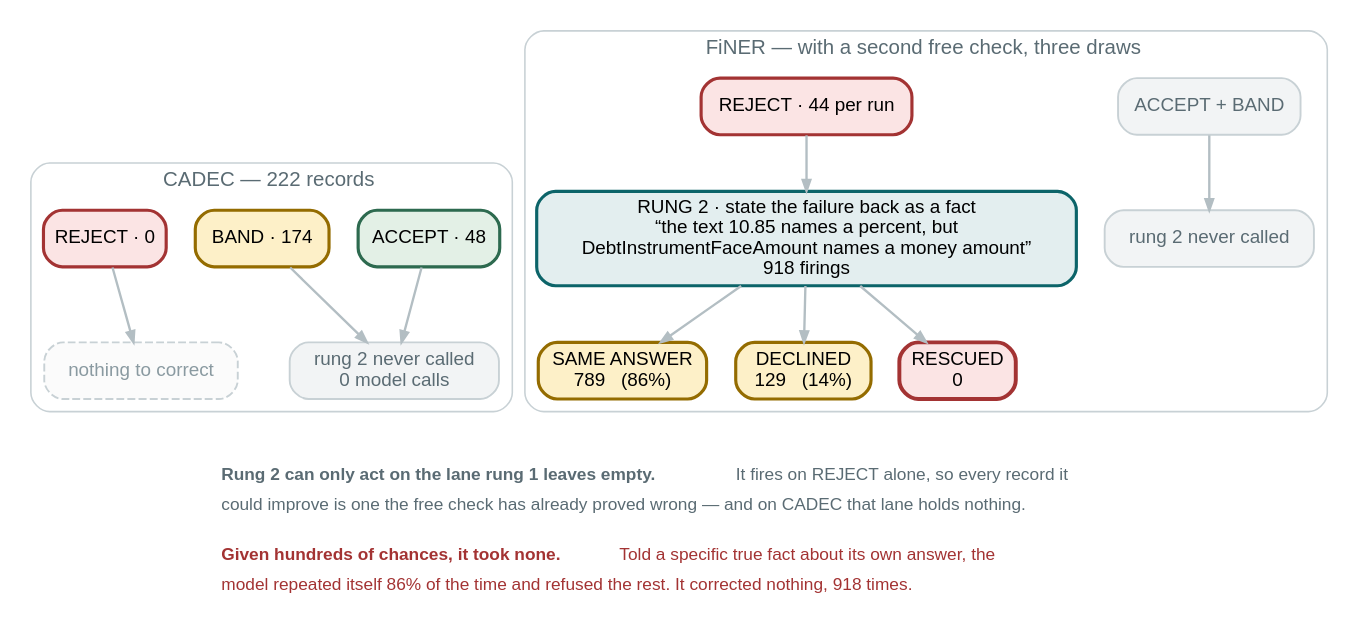
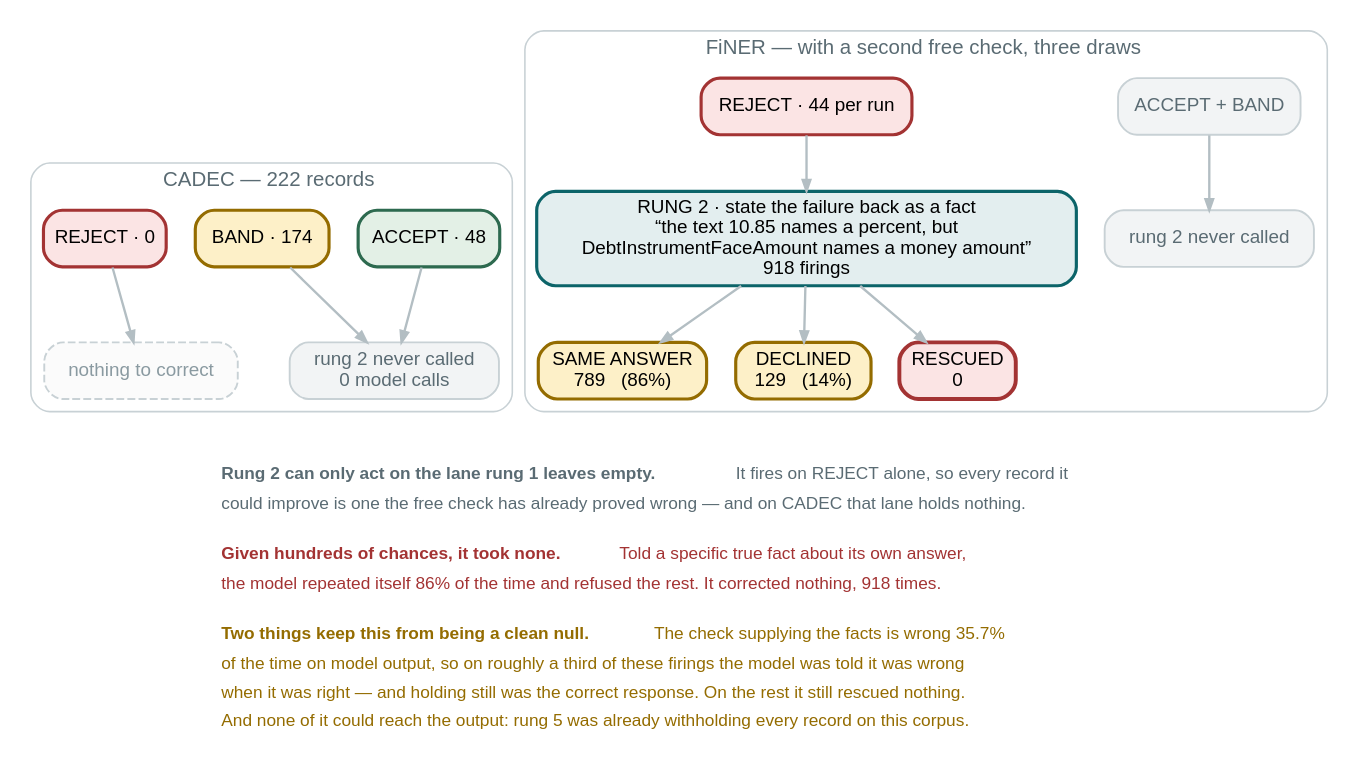
Before and after one commit to wbagais/reliability-ladder: the diagram in docs/figures/fig13-rung2.dot, drawn with Graphviz. The commit also changed 8 other files, not shown here.

```diff
--- a/docs/figures/fig13-rung2.dot
+++ b/docs/figures/fig13-rung2.dot
@@ -1,56 +1,61 @@
 // Rung 2 on both corpora. It reads rung 1's verdict and fires on REJECT alone
 // (r2.py:347 — `if verdict != ZONE_REJECT or reason not in cfg["correctable"]`),
 // so ACCEPT and BAND are never touched: no model call, no possible change.
 //
 // CADEC: draw 0 of arm-sapbase, rung 1 lanes as fig10. REJECT is empty, so the
 // rung has nothing to act on.
 // FiNER: pooled over three draws of the rung 7 arm — the only configuration in
 // which rung 2 has ever had a real trigger set. 918 firings, 0 rescued.
 //
 // COLOUR KEY — the article's zone colours, unchanged:
 //   green ACCEPT · amber BAND · red REJECT · teal a model runs here
 digraph rung2 {
   rankdir=TB; bgcolor="white";
   node [shape=box style="filled,rounded" fontname="Helvetica" fontsize=12
         color="#c8d1d5" penwidth=1.2];
   edge [color="#b3bec3" penwidth=1.5 arrowsize=0.7 fontname="Helvetica" fontsize=10];
 
   subgraph cluster_c {
     label="  CADEC — 222 records  "; fontname="Helvetica"; fontsize=13;
     color="#c8d1d5"; style=rounded; fontcolor="#5a6b73";
     ca [label="ACCEPT · 48" fillcolor="#e3f0e6" color="#2d6a4f" penwidth=2];
     cb [label="BAND · 174" fillcolor="#fdf0c8" color="#946c00" penwidth=2];
     cr [label="REJECT · 0" fillcolor="#fbe4e4" color="#a33333" penwidth=2];
     cskip [label="rung 2 never called\n0 model calls" fillcolor="#f2f4f5" fontcolor="#5a6b73"];
     cfire [label="nothing to correct" fillcolor="#fbfbfb" fontcolor="#8a9aa1" style="filled,rounded,dashed"];
     ca -> cskip; cb -> cskip; cr -> cfire;
     { rank=same; ca; cb; cr }
   }
 
   subgraph cluster_f {
     label="  FiNER — with a second free check, three draws  "; fontname="Helvetica";
     fontsize=13; color="#c8d1d5"; style=rounded; fontcolor="#5a6b73";
     fa [label="ACCEPT + BAND" fillcolor="#f2f4f5" fontcolor="#5a6b73"];
     fr [label="REJECT · 44 per run" fillcolor="#fbe4e4" color="#a33333" penwidth=2];
     fskip [label="rung 2 never called" fillcolor="#f2f4f5" fontcolor="#5a6b73"];
     f2 [label="RUNG 2 · state the failure back as a fact\n“the text 10.85 names a percent, but\nDebtInstrumentFaceAmount names a money amount”\n918 firings"
         fillcolor="#e3eeef" color="#0c6469" penwidth=2];
     unch [label="SAME ANSWER\n789   (86%)" fillcolor="#fdf0c8" color="#946c00" penwidth=2];
     decl [label="DECLINED\n129   (14%)" fillcolor="#fdf0c8" color="#946c00" penwidth=2];
     resc [label="RESCUED\n0" fillcolor="#fbe4e4" color="#a33333" penwidth=2.5];
     fa -> fskip; fr -> f2;
     f2 -> unch; f2 -> decl; f2 -> resc;
     { rank=same; fa; fr }
     { rank=same; unch; decl; resc }
   }
 
   note [shape=plaintext style="" fillcolor="white"
         label=<<TABLE BORDER="0" CELLBORDER="0" CELLSPACING="0" CELLPADDING="3">
         <TR><TD ALIGN="LEFT"><FONT POINT-SIZE="11" COLOR="#5a6b73"><B>Rung 2 can only act on the lane rung 1 leaves empty.</B> It fires on REJECT alone, so every record it</FONT></TD></TR>
         <TR><TD ALIGN="LEFT"><FONT POINT-SIZE="11" COLOR="#5a6b73">could improve is one the free check has already proved wrong — and on CADEC that lane holds nothing.</FONT></TD></TR>
         <TR><TD ALIGN="LEFT"><FONT POINT-SIZE="8"> </FONT></TD></TR>
-        <TR><TD ALIGN="LEFT"><FONT POINT-SIZE="11" COLOR="#a33333"><B>Given hundreds of chances, it took none.</B> Told a specific true fact about its own answer, the</FONT></TD></TR>
-        <TR><TD ALIGN="LEFT"><FONT POINT-SIZE="11" COLOR="#a33333">model repeated itself 86% of the time and refused the rest. It corrected nothing, 918 times.</FONT></TD></TR>
+        <TR><TD ALIGN="LEFT"><FONT POINT-SIZE="11" COLOR="#a33333"><B>Given hundreds of chances, it took none.</B> Told a specific true fact about its own answer,</FONT></TD></TR>
+        <TR><TD ALIGN="LEFT"><FONT POINT-SIZE="11" COLOR="#a33333">the model repeated itself 86% of the time and refused the rest. It corrected nothing, 918 times.</FONT></TD></TR>
+        <TR><TD ALIGN="LEFT"><FONT POINT-SIZE="8"> </FONT></TD></TR>
+        <TR><TD ALIGN="LEFT"><FONT POINT-SIZE="11" COLOR="#946c00"><B>Two things keep this from being a clean null.</B> The check supplying the facts is wrong 35.7%</FONT></TD></TR>
+        <TR><TD ALIGN="LEFT"><FONT POINT-SIZE="11" COLOR="#946c00">of the time on model output, so on roughly a third of these firings the model was told it was wrong</FONT></TD></TR>
+        <TR><TD ALIGN="LEFT"><FONT POINT-SIZE="11" COLOR="#946c00">when it was right — and holding still was the correct response. On the rest it still rescued nothing.</FONT></TD></TR>
+        <TR><TD ALIGN="LEFT"><FONT POINT-SIZE="11" COLOR="#946c00">And none of it could reach the output: rung 5 was already withholding every record on this corpus.</FONT></TD></TR>
         </TABLE>>];
   cskip -> note [style=invis]; resc -> note [style=invis];
 }
```
